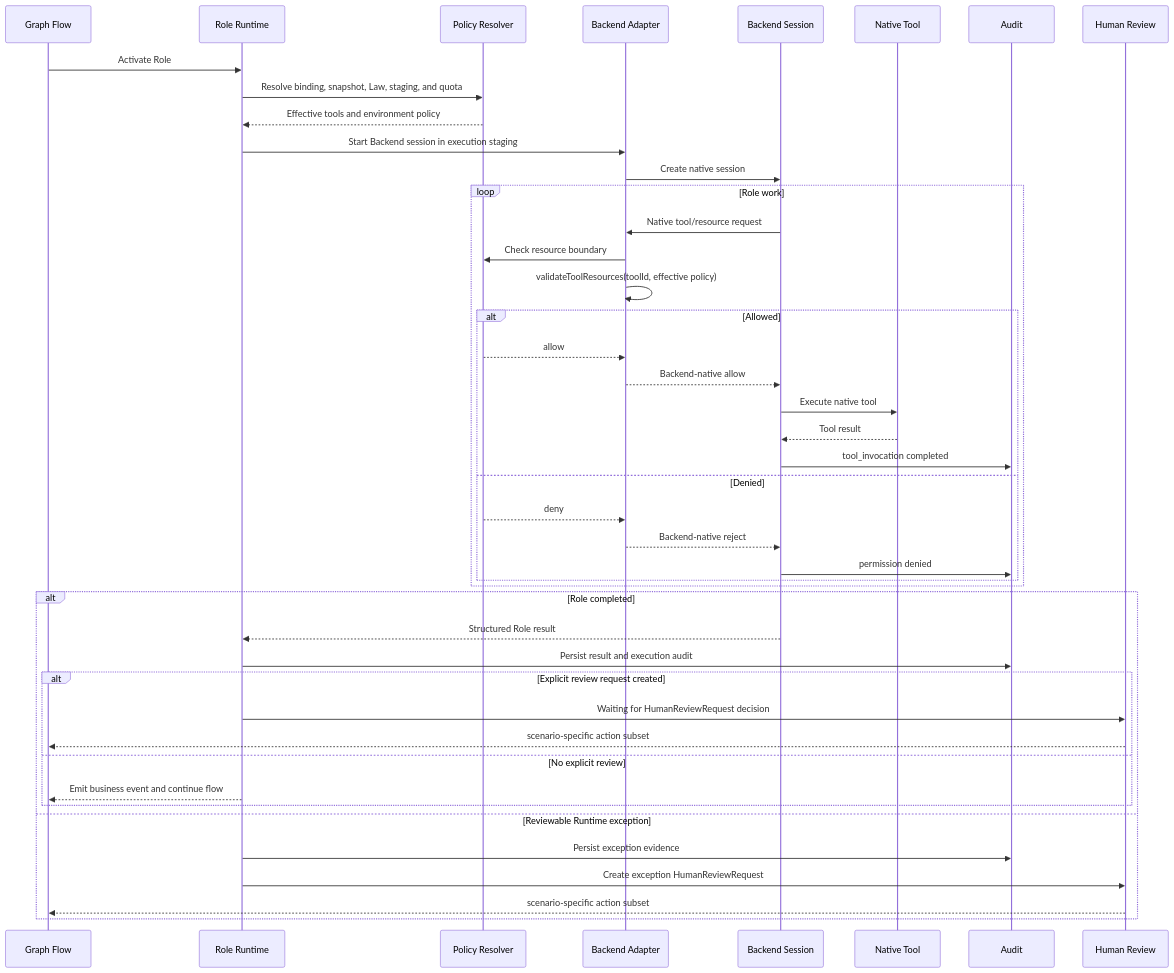
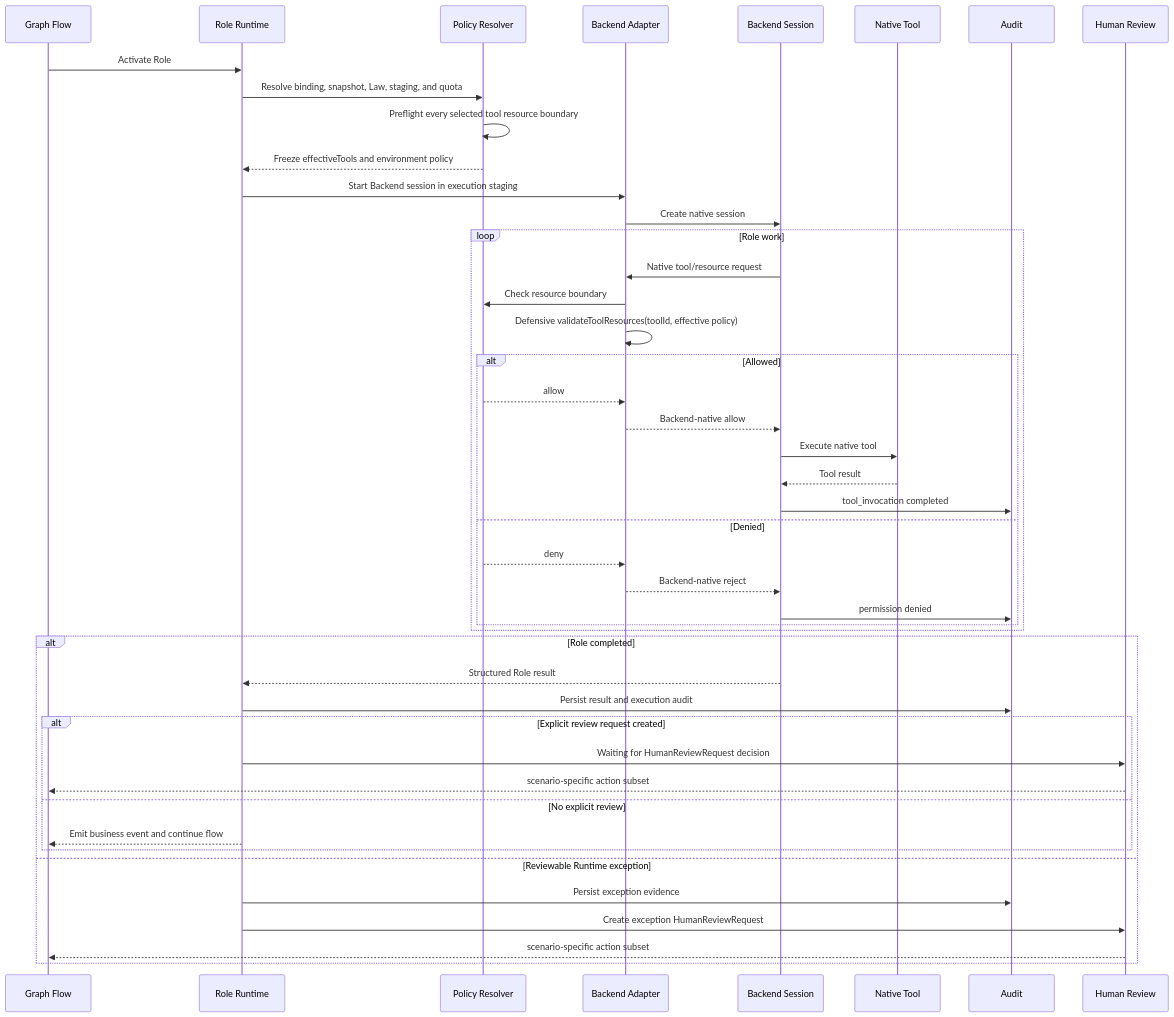
Before and after one commit to Fredericzhou/ogsystem: the fifth of 7 diagrams in docs/development/role-execution-architecture.md, drawn with Mermaid. The commit also changed other lines of this file, not shown here.

````diff
--- a/docs/development/role-execution-architecture.md
+++ b/docs/development/role-execution-architecture.md
@@ -1530,49 +1547,50 @@
 ```mermaid
 sequenceDiagram
     participant F as Graph Flow
     participant R as Role Runtime
     participant P as Policy Resolver
     participant A as Backend Adapter
     participant B as Backend Session
     participant T as Native Tool
     participant U as Audit
     participant H as Human Review
 
     F->>R: Activate Role
     R->>P: Resolve binding, snapshot, Law, staging, and quota
-    P-->>R: Effective tools and environment policy
+    P->>P: Preflight every selected tool resource boundary
+    P-->>R: Freeze effectiveTools and environment policy
     R->>A: Start Backend session in execution staging
     A->>B: Create native session
 
     loop Role work
         B->>A: Native tool/resource request
         A->>P: Check resource boundary
-        A->>A: validateToolResources(toolId, effective policy)
+        A->>A: Defensive validateToolResources(toolId, effective policy)
         alt Allowed
             P-->>A: allow
             A-->>B: Backend-native allow
             B->>T: Execute native tool
             T-->>B: Tool result
             B->>U: tool_invocation completed
         else Denied
             P-->>A: deny
             A-->>B: Backend-native reject
             B->>U: permission denied
         end
     end
 
     alt Role completed
         B-->>R: Structured Role result
         R->>U: Persist result and execution audit
         alt Explicit review request created
             R->>H: Waiting for HumanReviewRequest decision
             H-->>F: scenario-specific action subset
         else No explicit review
             R-->>F: Emit business event and continue flow
         end
     else Reviewable Runtime exception
         R->>U: Persist exception evidence
         R->>H: Create exception HumanReviewRequest
         H-->>F: scenario-specific action subset
     end
 ```
````
